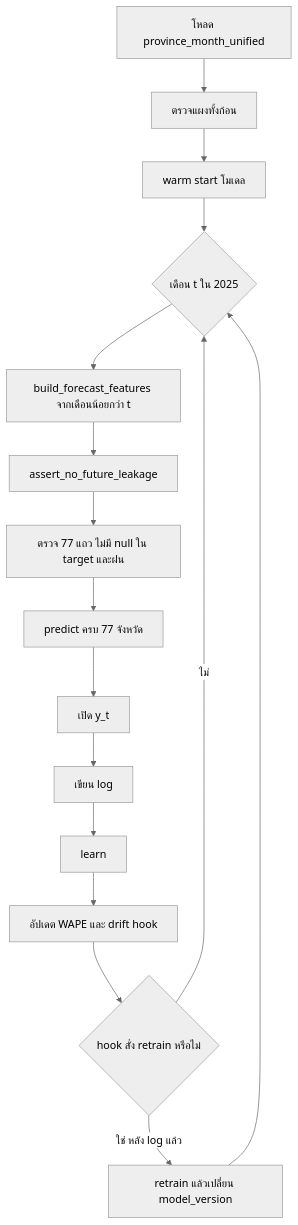
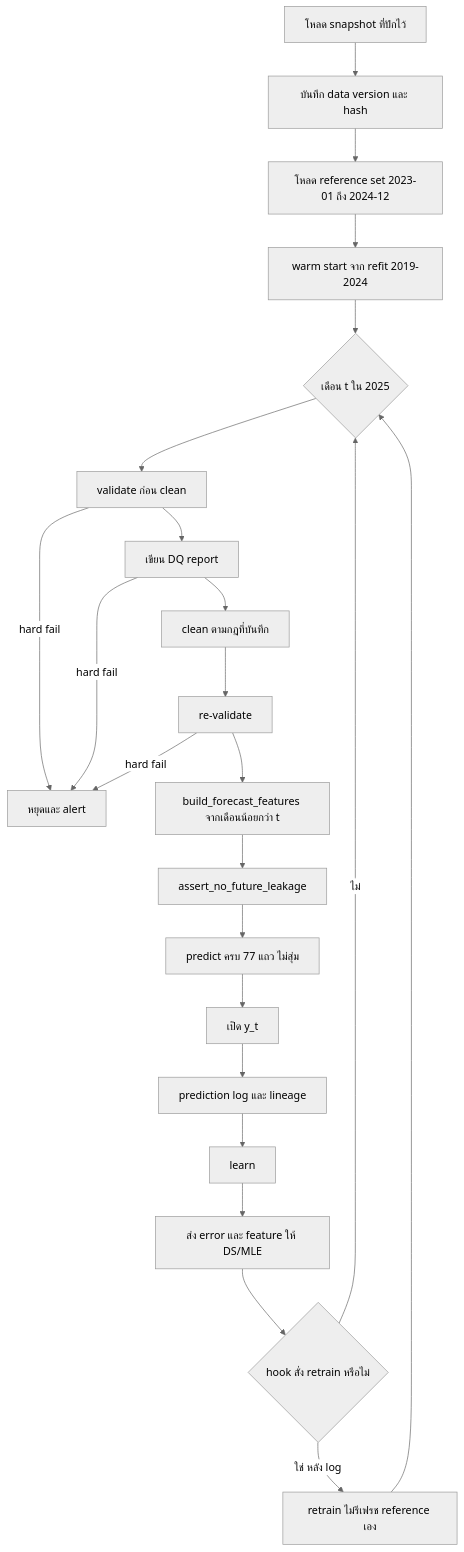
Before and after one commit to unknownhaha/Tourist-Prediction-from-Raining: the diagram in docs/stream_2025_replay_pipeline.md, drawn with Mermaid (neutral theme). The commit also changed other lines of this file and 1 other file, not shown here.

First line of the commit message:
Specify validation, cleaning, and the reference set for replay

````diff
--- a/docs/stream_2025_replay_pipeline.md
+++ b/docs/stream_2025_replay_pipeline.md
@@ -52,18 +49,25 @@
 ```mermaid
 flowchart TD
-  load[โหลด province_month_unified] --> checkAll[ตรวจแผงทั้งก้อน]
-  checkAll --> warm[warm start โมเดล]
+  load[โหลด snapshot ที่ปักไว้] --> ver[บันทึก data version และ hash]
+  ver --> ref[โหลด reference set 2023-01 ถึง 2024-12]
+  ref --> warm[warm start จาก refit 2019-2024]
   warm --> month{เดือน t ใน 2025}
-  month --> feats[build_forecast_features จากเดือนน้อยกว่า t]
+  month --> val1[validate ก่อน clean]
+  val1 -->|hard fail| halt[หยุดและ alert]
+  val1 --> dq[เขียน DQ report]
+  dq -->|hard fail| halt
+  dq --> clean[clean ตามกฎที่บันทึก]
+  clean --> val2[re-validate]
+  val2 -->|hard fail| halt
+  val2 --> feats[build_forecast_features จากเดือนน้อยกว่า t]
   feats --> leak[assert_no_future_leakage]
-  leak --> gate[ตรวจ 77 แถว ไม่มี null ใน target และฝน]
-  gate --> pred[predict ครบ 77 จังหวัด]
+  leak --> pred[predict ครบ 77 แถว ไม่สุ่ม]
   pred --> reveal[เปิด y_t]
-  reveal --> log[เขียน log]
+  reveal --> log[prediction log และ lineage]
   log --> learn[learn]
-  learn --> metrics[อัปเดต WAPE และ drift hook]
-  metrics --> alarm{hook สั่ง retrain หรือไม่}
-  alarm -->|ใช่ หลัง log แล้ว| refit[retrain แล้วเปลี่ยน model_version]
+  learn --> hook[ส่ง error และ feature ให้ DS/MLE]
+  hook --> alarm{hook สั่ง retrain หรือไม่}
+  alarm -->|ใช่ หลัง log| refit[retrain ไม่รีเฟรช reference เอง]
   alarm -->|ไม่| month
   refit --> month
 ```
````
